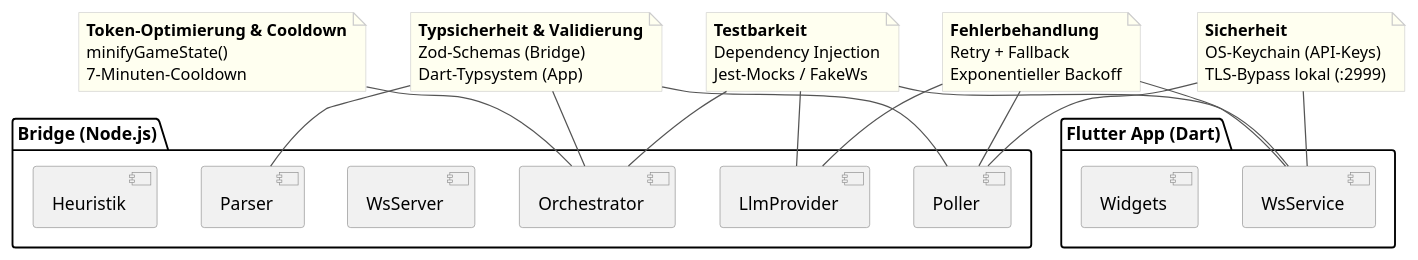
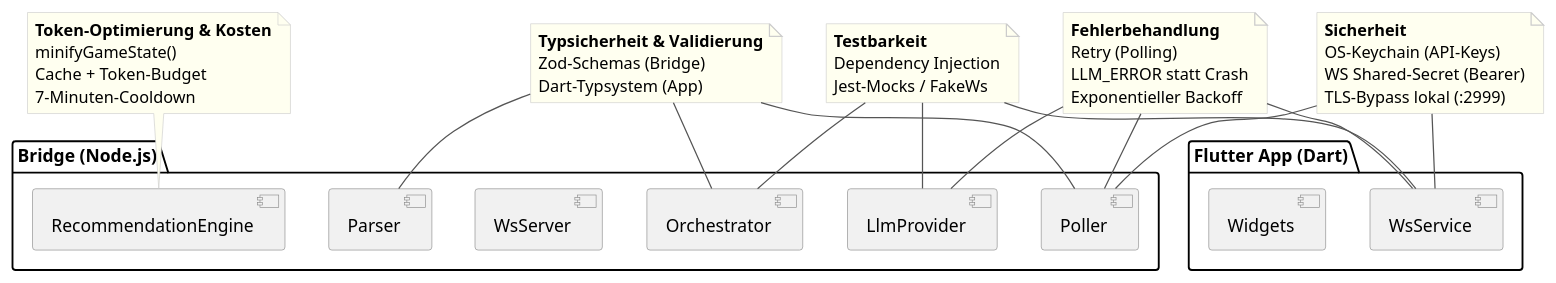
The diagram in docs/umls/08_concepts_overview.puml (NexusHero/LOLRecommender), drawn with PlantUML before and after one commit. The commit also changed 11 other files, not shown here.

```diff
--- a/docs/umls/08_concepts_overview.puml
+++ b/docs/umls/08_concepts_overview.puml
@@ -1,70 +1,73 @@
 @startuml
 skinparam backgroundColor #FFFFFF
 skinparam defaultFontName Arial
 skinparam componentBorderColor #888888
 skinparam noteBorderColor #CCCCCC
 skinparam noteBackgroundColor #FFFFF0
 skinparam ArrowColor #555555
 
 package "Bridge (Node.js)" {
   component "Poller" as poller
   component "Parser" as parser
   component "Orchestrator" as orch
   component "WsServer" as wsserver
   component "LlmProvider" as llmprov
-  component "Heuristik" as heur
+  component "RecommendationEngine" as engine
 }
 
 package "Flutter App (Dart)" {
   component "WsService" as wsservice
   component "Widgets" as ui
 }
 
 note as n_type
   **Typsicherheit & Validierung**
   Zod-Schemas (Bridge)
   Dart-Typsystem (App)
 end note
 
 note as n_err
   **Fehlerbehandlung**
-  Retry + Fallback
+  Retry (Polling)
+  LLM_ERROR statt Crash
   Exponentieller Backoff
 end note
 
 note as n_sec
   **Sicherheit**
   OS-Keychain (API-Keys)
+  WS Shared-Secret (Bearer)
   TLS-Bypass lokal (:2999)
 end note
 
 note as n_test
   **Testbarkeit**
   Dependency Injection
   Jest-Mocks / FakeWs
 end note
 
 note as n_llm
-  **Token-Optimierung & Cooldown**
+  **Token-Optimierung & Kosten**
   minifyGameState()
+  Cache + Token-Budget
   7-Minuten-Cooldown
 end note
 
 n_type -- poller
 n_type -- parser
 n_type -- orch
 
 n_err -- poller
 n_err -- llmprov
 n_err -- wsservice
 
 n_sec -- wsservice
 n_sec -- poller
 
 n_test -- orch
 n_test -- llmprov
 n_test -- wsservice
 
-n_llm -- orch
+n_llm -- engine
 
 @enduml
```
